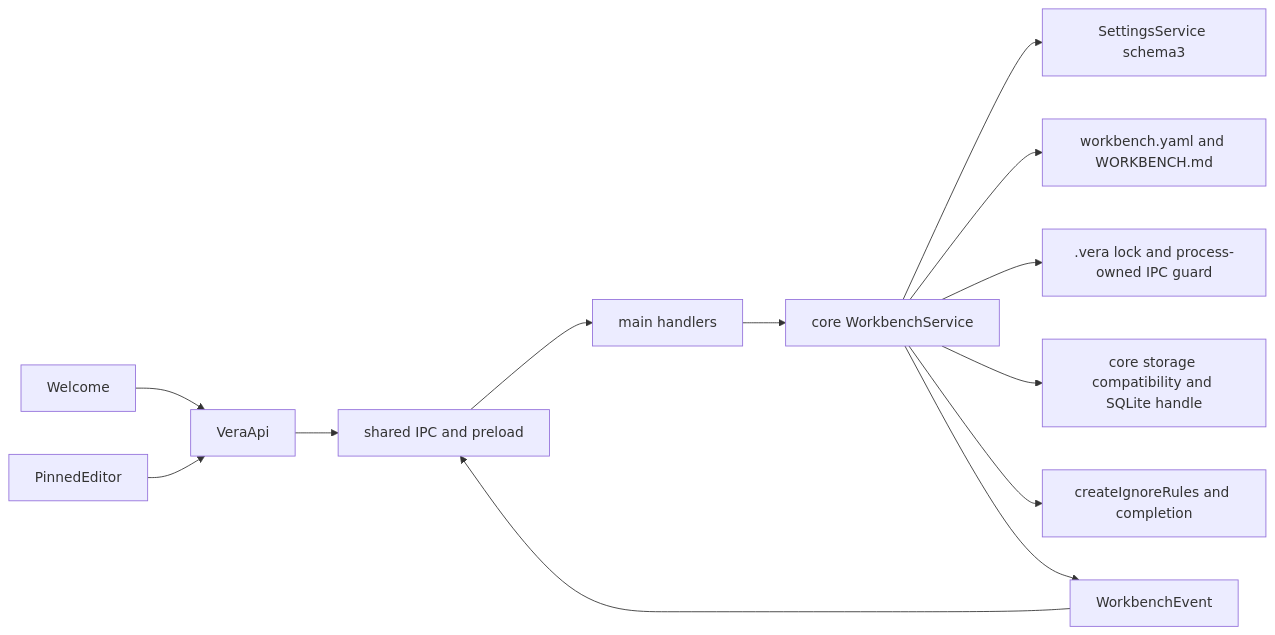
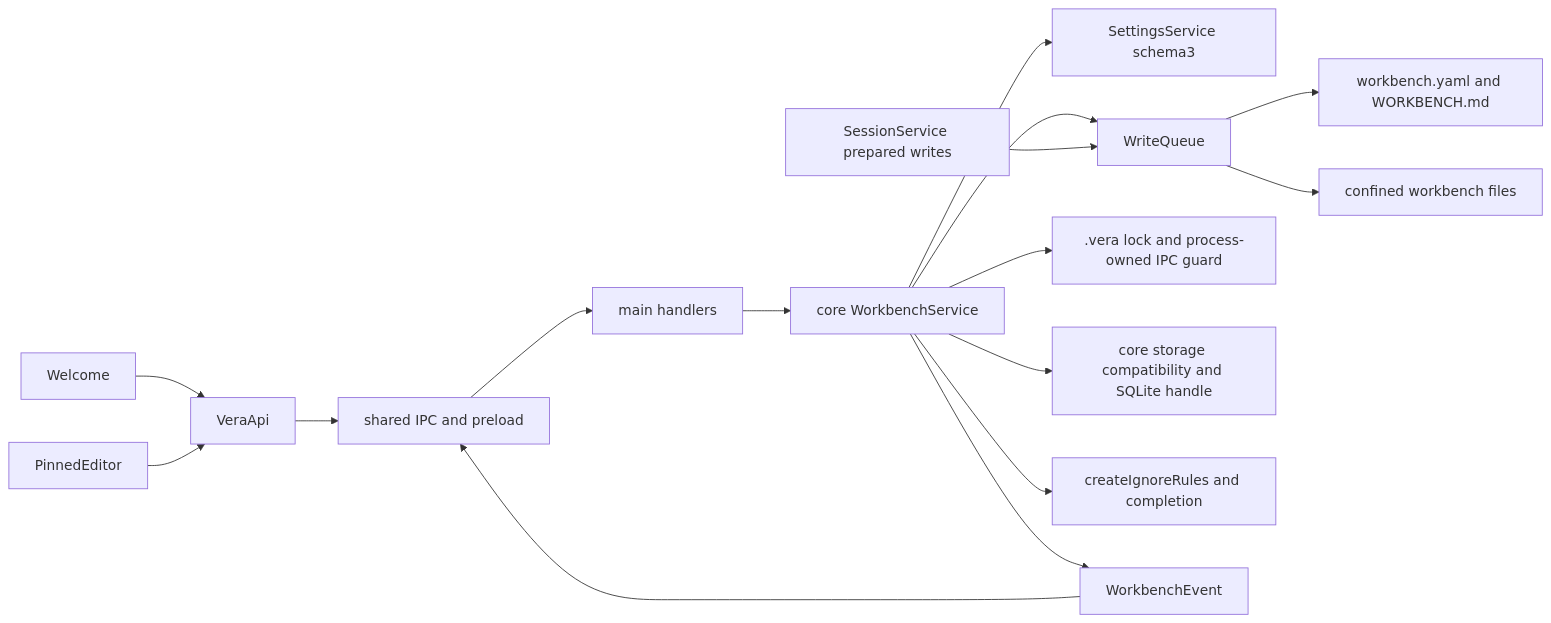
Before and after one commit to DDP-Engineering/2026_Virtual_Embedded_Rig_Assistant: the diagram in .agentic/knowledge/workbench.md, drawn with Mermaid. The commit also changed other lines of this file and 42 other files, not shown here.

````diff
--- a/.agentic/knowledge/workbench.md
+++ b/.agentic/knowledge/workbench.md
@@ -90,15 +91,18 @@
 ```mermaid
 flowchart LR
   Welcome --> VeraApi
   PinnedEditor --> VeraApi
   VeraApi --> bridge[shared IPC and preload]
   bridge --> main[main handlers]
   main --> service[core WorkbenchService]
   service --> settings[SettingsService schema3]
-  service --> YAML[workbench.yaml and WORKBENCH.md]
+  service --> writes[WriteQueue]
+  Sessions[SessionService prepared writes] --> writes
+  writes --> YAML[workbench.yaml and WORKBENCH.md]
+  writes --> Files[confined workbench files]
   service --> lock[.vera lock and process-owned IPC guard]
   service --> storage[core storage compatibility and SQLite handle]
   service --> ignore[createIgnoreRules and completion]
   service --> events[WorkbenchEvent]
   events --> bridge
 ```
````
